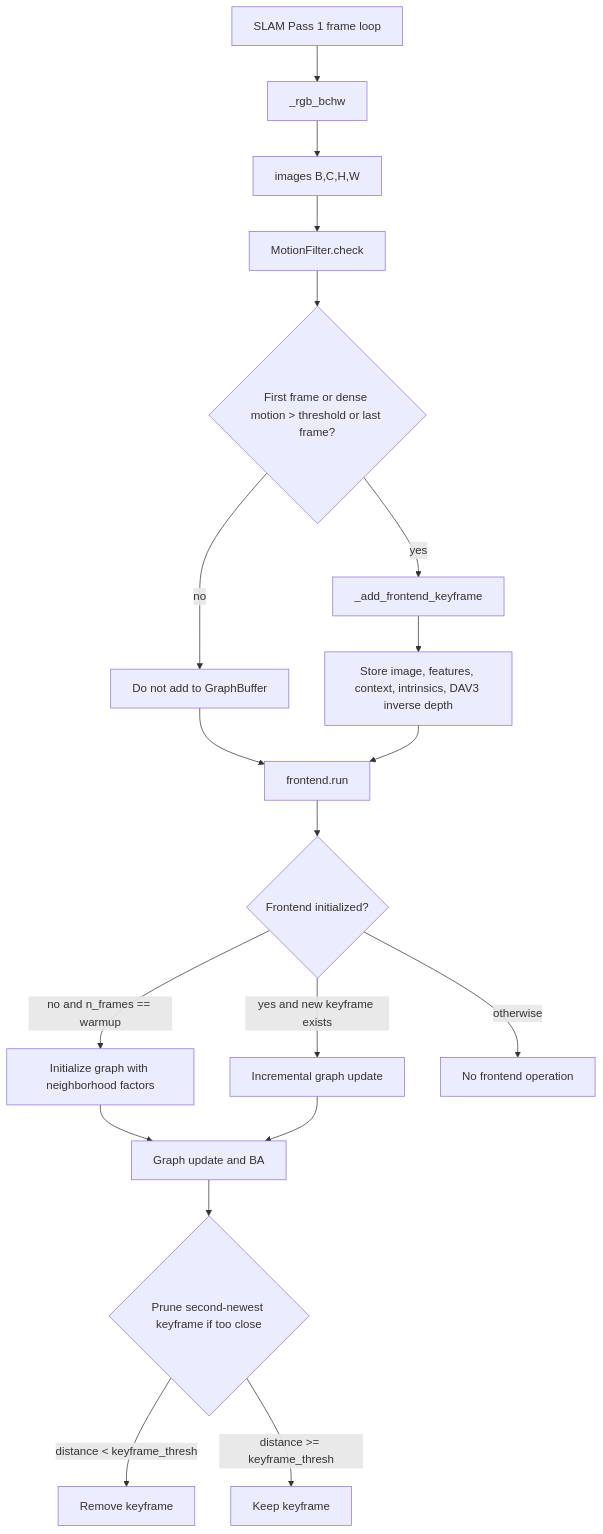
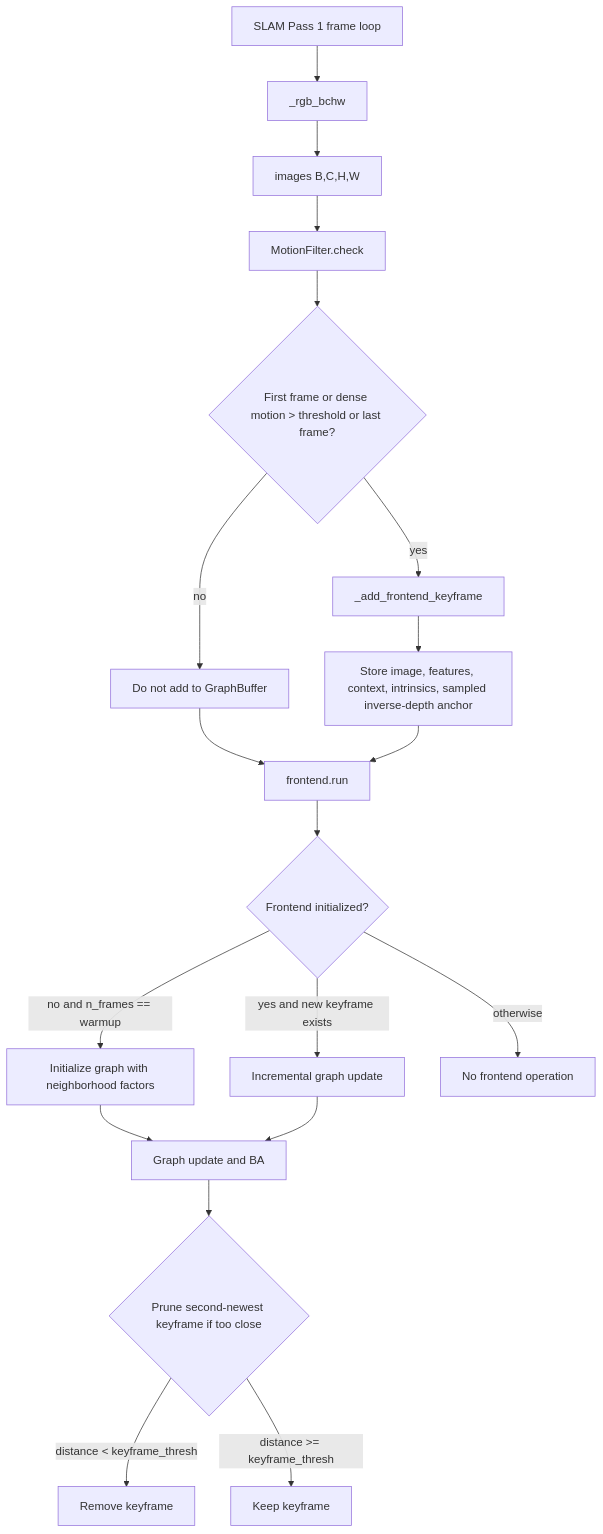
Before and after one commit to sadanand1120/vipe: the seventh of 12 diagrams in fullexplain.md, drawn with Mermaid. The commit also changed other lines of this file and 13 other files, not shown here.

````diff
--- a/fullexplain.md
+++ b/fullexplain.md
@@ -698,21 +746,21 @@
 ```mermaid
 flowchart TD
     A[SLAM Pass 1 frame loop] --> B[_rgb_bchw]
     B --> C[images B,C,H,W]
     C --> D[MotionFilter.check]
     D --> E{First frame or dense motion > threshold or last frame?}
     E -->|yes| F[_add_frontend_keyframe]
     E -->|no| G[Do not add to GraphBuffer]
-    F --> H[Store image, features, context, intrinsics, DAV3 inverse depth]
+    F --> H[Store image, features, context, intrinsics, sampled inverse-depth anchor]
     G --> I[frontend.run]
     H --> I
     I --> J{Frontend initialized?}
     J -->|no and n_frames == warmup| K[Initialize graph with neighborhood factors]
     J -->|yes and new keyframe exists| L[Incremental graph update]
     J -->|otherwise| M[No frontend operation]
     K --> N[Graph update and BA]
     L --> N
     N --> O{Prune second-newest keyframe if too close}
     O -->|distance < keyframe_thresh| P[Remove keyframe]
     O -->|distance >= keyframe_thresh| Q[Keep keyframe]
 ```
````
